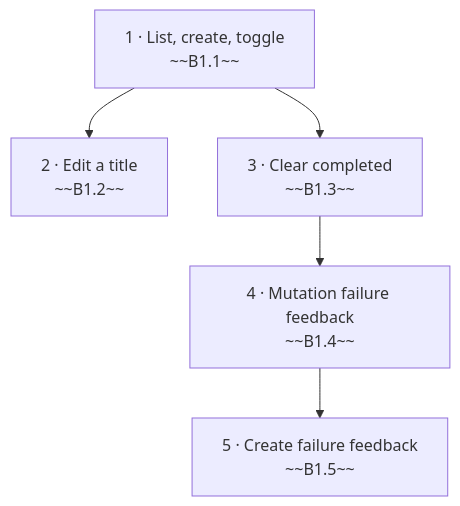
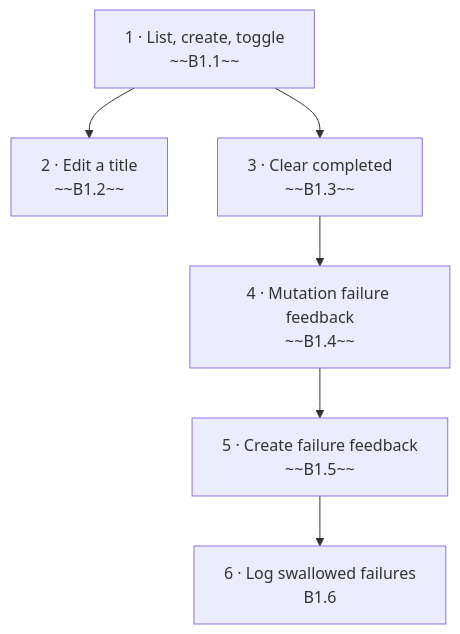
The diagram in backlog/README.md (st-minhho2/level-up-lab), drawn with Mermaid before and after one commit. The commit also changed other lines of this file and 1 other file, not shown here.

Commit message:
docs(backlog): card B1.6 log swallowed mutation failures

````diff
--- a/backlog/README.md
+++ b/backlog/README.md
@@ -15,12 +15,14 @@
 ```mermaid
 flowchart TD
   S1["1 · List, create, toggle<br/>~~B1.1~~"]
   S2["2 · Edit a title<br/>~~B1.2~~"]
   S3["3 · Clear completed<br/>~~B1.3~~"]
   S1 --> S2
   S4["4 · Mutation failure feedback<br/>~~B1.4~~"]
   S1 --> S3
   S3 --> S4
   S5["5 · Create failure feedback<br/>~~B1.5~~"]
   S4 --> S5
+  S6["6 · Log swallowed failures<br/>B1.6"]
+  S5 --> S6
 ```
````
